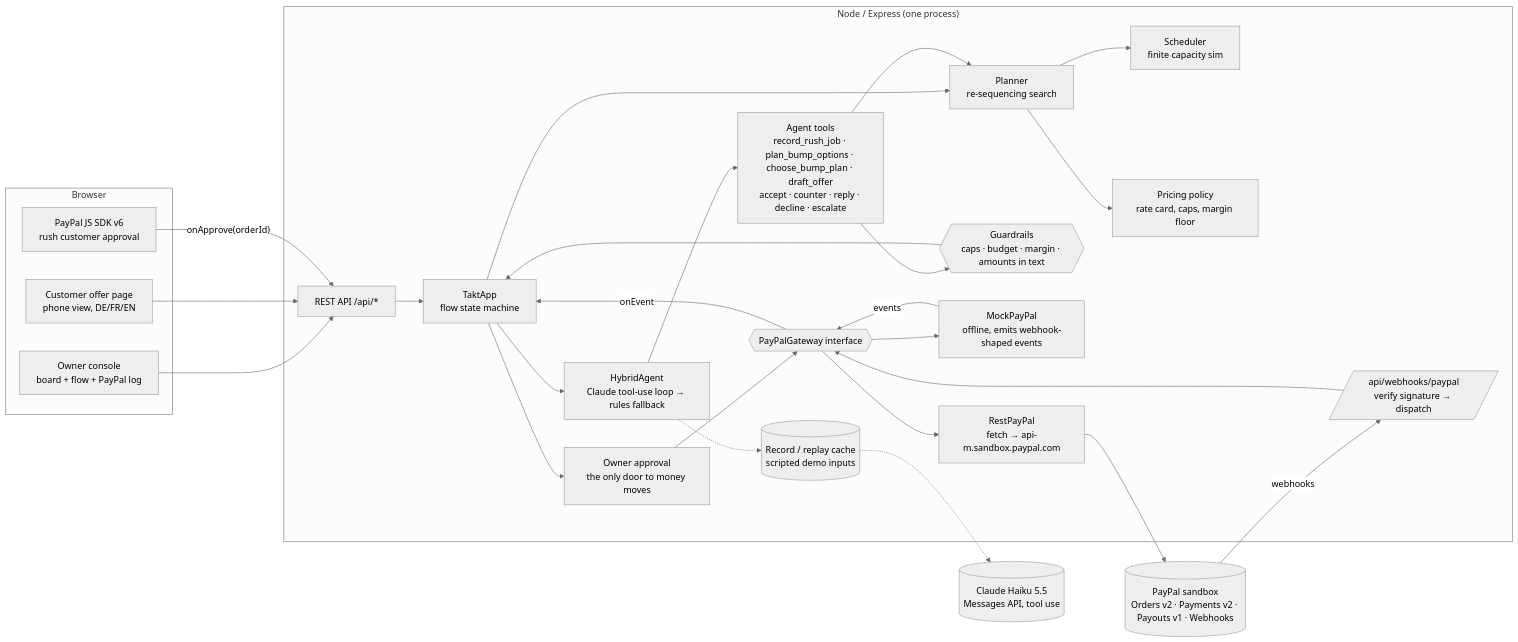
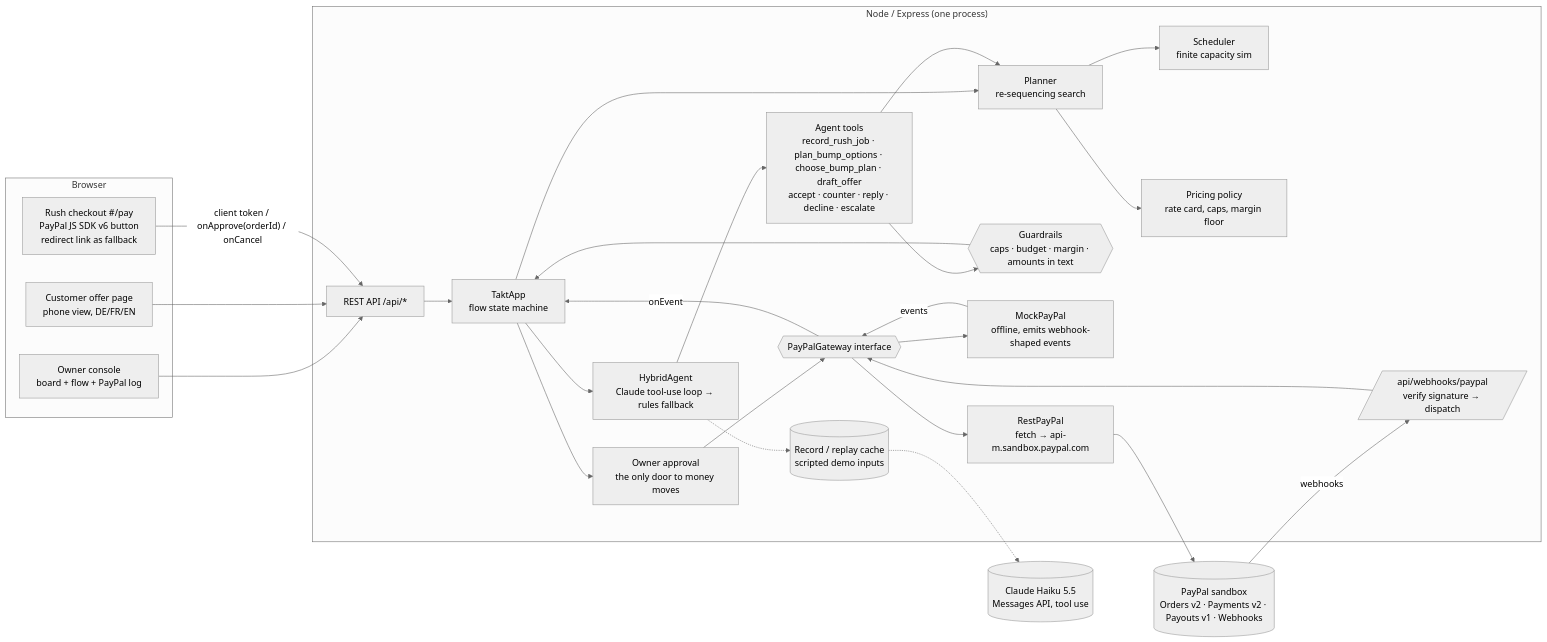
One commit to Frankkkyy/takt changed the first of 3 diagrams in docs/ARCHITECTURE.md. Above: the diagram before and after it, drawn with Mermaid (neutral theme). The commit also changed other lines of this file and 48 other files, not shown here.

First line of the commit message:
PayPal JS SDK v6 rush checkout, per-job PayPal timeline with void/refund, Render deploy plan

````diff
--- a/docs/ARCHITECTURE.md
+++ b/docs/ARCHITECTURE.md
@@ -8,45 +8,45 @@
 ```mermaid
 flowchart LR
   subgraph Browser
     OW[Owner console<br/>board + flow + PayPal log]
     OF[Customer offer page<br/>phone view, DE/FR/EN]
-    SDK[PayPal JS SDK v6<br/>rush customer approval]
+    SDK[Rush checkout #/pay<br/>PayPal JS SDK v6 button<br/>redirect link as fallback]
   end
 
   subgraph Server["Node / Express (one process)"]
     API[REST API /api/*]
     APP[TaktApp<br/>flow state machine]
     PL[Planner<br/>re-sequencing search]
     SC[Scheduler<br/>finite capacity sim]
     PR[Pricing policy<br/>rate card, caps, margin floor]
     AG[HybridAgent<br/>Claude tool-use loop → rules fallback]
     TL[Agent tools<br/>record_rush_job · plan_bump_options · choose_bump_plan · draft_offer<br/>accept · counter · reply · decline · escalate]
     GR{{Guardrails<br/>caps · budget · margin · amounts in text}}
     OK[Owner approval<br/>the only door to money moves]
     RC[(Record / replay cache<br/>scripted demo inputs)]
     GW{{PayPalGateway interface}}
     MOCK[MockPayPal<br/>offline, emits webhook-shaped events]
     REST[RestPayPal<br/>fetch → api-m.sandbox.paypal.com]
     WH[/api/webhooks/paypal<br/>verify signature → dispatch/]
   end
 
   PP[(PayPal sandbox<br/>Orders v2 · Payments v2 · Payouts v1 · Webhooks)]
   LLM[(Claude Haiku 5.5<br/>Messages API, tool use)]
 
   OW --> API
   OF --> API
-  SDK -- onApprove(orderId) --> API
+  SDK -- client token / onApprove(orderId) / onCancel --> API
   API --> APP
   APP --> PL --> SC
   PL --> PR
   APP --> AG --> TL --> GR
   TL --> PL
   AG -.-> RC -.-> LLM
   GR --> APP
   APP --> OK --> GW
   GW --> MOCK
   GW --> REST --> PP
   PP -- webhooks --> WH --> GW
   MOCK -- events --> GW
   GW -- onEvent --> APP
 ```
````
